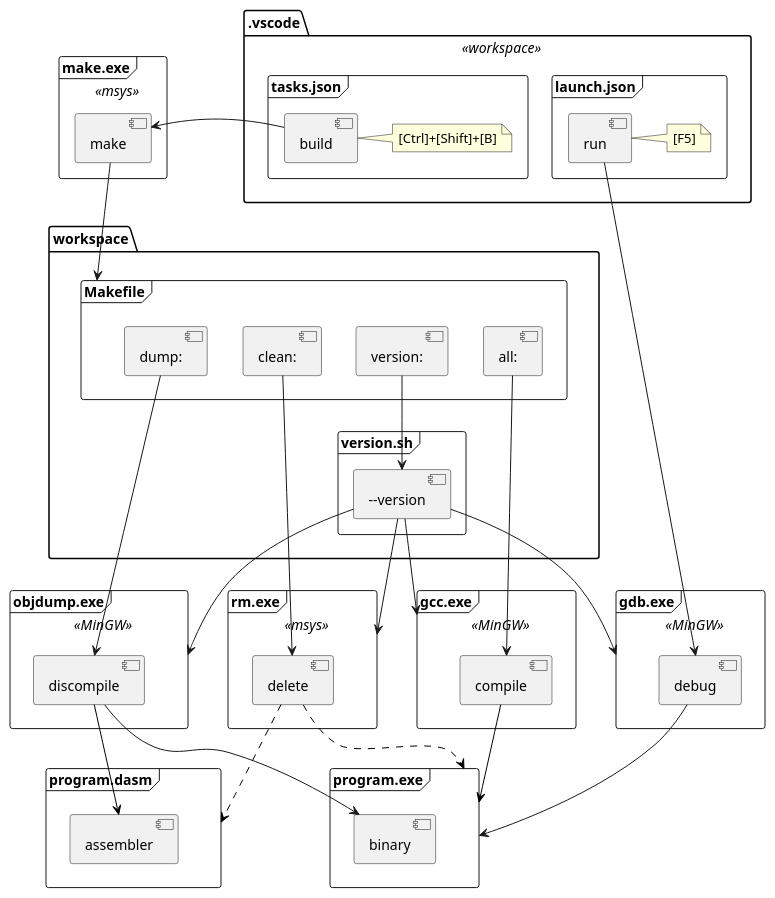
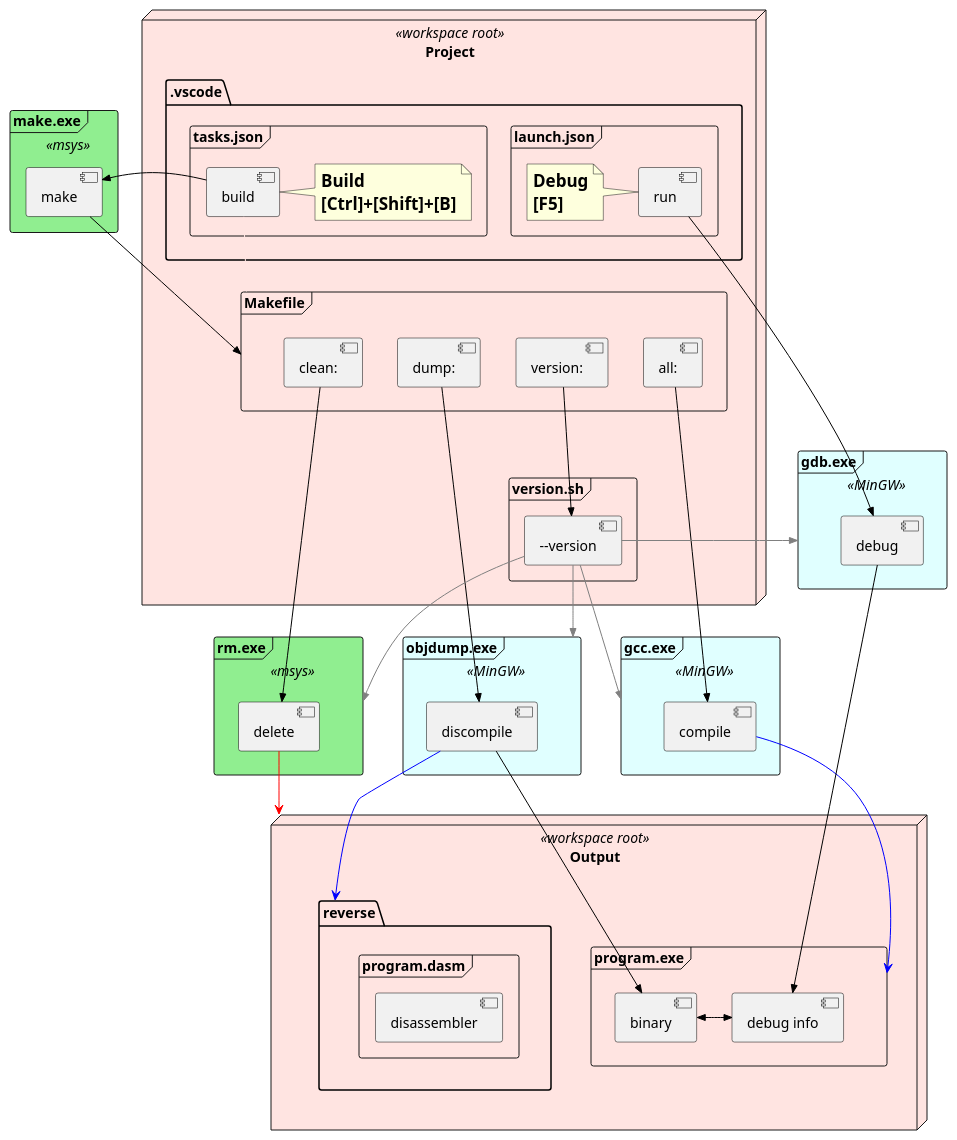
The diagram in environment.plantuml (adachikenta/c_program), drawn with PlantUML before and after one commit. The commit also changed 1 other file, not shown here.

```diff
--- a/environment.plantuml
+++ b/environment.plantuml
@@ -1,74 +1,82 @@
 @startuml enviroment
-folder ".vscode" <<workspace>> {
-  frame "launch.json" {
-    [run]
-    note right of [run]
-      [F5]
-    end note
+skinparam node {
+	backgroundColor<<workspace root>> mistyrose
+}
+skinparam frame {
+  backgroundColor<<msys>> lightgreen
+  backgroundColor<<MinGW>> lightcyan
+}
+skinparam component {
+  borderColor black
+}
+node "Project" <<workspace root>> {
+  folder ".vscode" {
+    frame "launch.json" {
+      [run]
+      note left of [run]
+        =Debug
+        =[F5]
+      end note
+    }
+    frame "tasks.json" {
+      [build]
+      note right of [build]
+        =Build
+        =[Ctrl]+[Shift]+[B]
+      end note
+    }
   }
-  frame "tasks.json" {
-    [build]
-    note right of [build]
-      [Ctrl]+[Shift]+[B]
-    end note
-  }
-}
-frame "make.exe" <<msys>> {
-  [make]
-}
-
-folder "workspace"{
   frame "Makefile" {
     [all:]
     [dump:]
     [clean:]
     [version:]
   }
   frame "version.sh" {
     [--version]
   }
 }
+frame "make.exe" <<msys>> {
+  [make]
+}
 frame "gcc.exe" <<MinGW>> {
   [compile]
 }
 frame "objdump.exe" <<MinGW>> {
   [discompile]
 }
+frame "gdb.exe" <<MinGW>> {
+  [debug]
+}
 frame "rm.exe" <<msys>> {
   [delete]
 }
-frame "gdb.exe" <<MinGW>> {
-  [debug]
-}
-frame "program.exe" {
-  [binary]
-}
-frame "program.dasm" {
-  [assembler]
+node "Output" <<workspace root>> {
+  frame "program.exe" {
+    [binary] <<->> [debug info] #black
+  }
+  folder "reverse" {
+    frame "program.dasm" {
+      [disassembler]
+    }
+  }
 }
 
-build -> [make]
-[make] --> Makefile
-
-
-[all:] --> [compile]
-[compile] --> program.exe #black
-
-[dump:] --> [discompile]
-[discompile] --> [binary]
-[discompile] --> [assembler] #black
-
-[clean:] --> [delete]
-[delete] ..> program.exe #black
-[delete] ..> program.dasm #black
-
-[run] --> [debug]
-[debug] --> program.exe
-
-[version:] --> [--version]
-
-[--version] --> gcc.exe
-[--version] --> objdump.exe
-[--version] --> rm.exe
-[--version] --> gdb.exe
+[build] .. Makefile #mistyrose
+[build] ->> [make] #black
+  [make] -->> Makefile #black
+    [all:] -->> [compile] #black
+      [compile] --> program.exe #blue
+    [dump:] -->> [discompile] #black
+      [discompile] -->> [binary] #black
+      [discompile] --> reverse #blue
+    [clean:] -->> [delete] #black
+      [delete] --> Output #red
+    [version:] -->> [--version] #black
+      [--version] -->> gcc.exe #gray
+      [--version] -->> objdump.exe #gray
+      [--version] -->> rm.exe #gray
+      [--version] ->> gdb.exe #gray
+[run] -->> [debug] #black
+  [debug] -->> [debug info] #black
 @enduml
```
